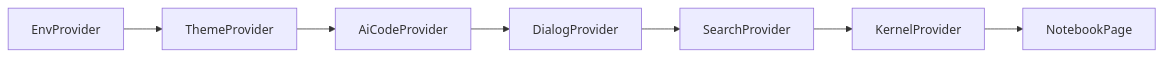
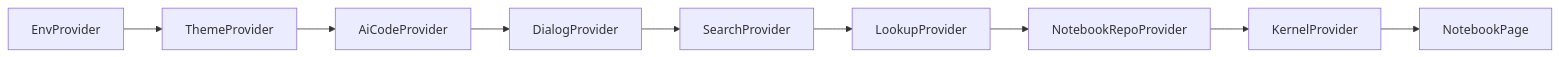
Before and after one commit to Cribl-Community/CC-notebook-app: the second of 3 diagrams in docs/ARCHITECTURE.md, drawn with Mermaid. The commit also changed other lines of this file and 6 other files, not shown here.

First line of the commit message:
docs: consolidate and update to match current architecture

````diff
--- a/docs/ARCHITECTURE.md
+++ b/docs/ARCHITECTURE.md
@@ -65,11 +69,13 @@
 ```mermaid
 flowchart LR
   EP["EnvProvider"]
   TP["ThemeProvider"]
   ACP["AiCodeProvider"]
   DP["DialogProvider"]
   SP["SearchProvider"]
+  LP["LookupProvider"]
+  NR["NotebookRepoProvider"]
   KP["KernelProvider"]
   NP["NotebookPage"]
-  EP --> TP --> ACP --> DP --> SP --> KP --> NP
+  EP --> TP --> ACP --> DP --> SP --> LP --> NR --> KP --> NP
 ```
````
